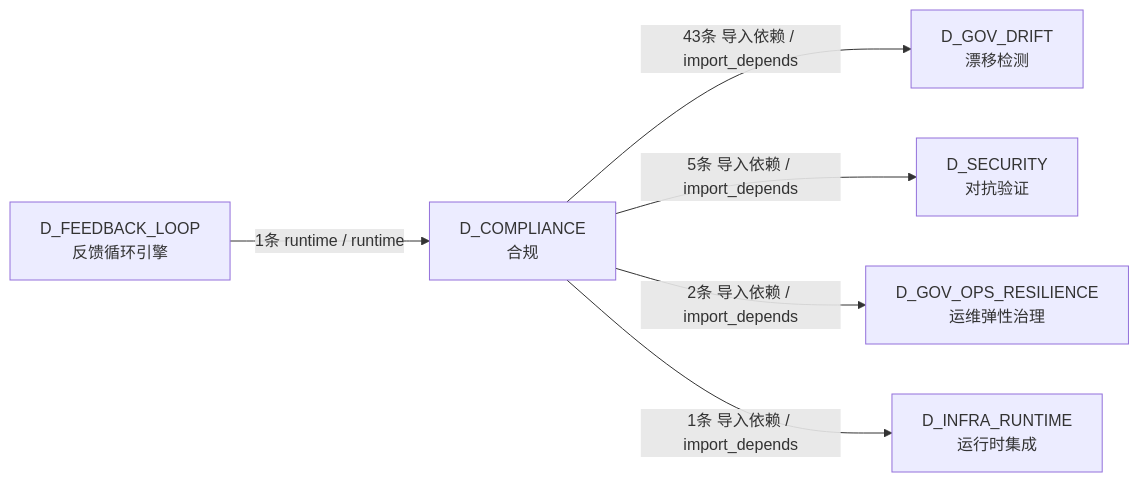
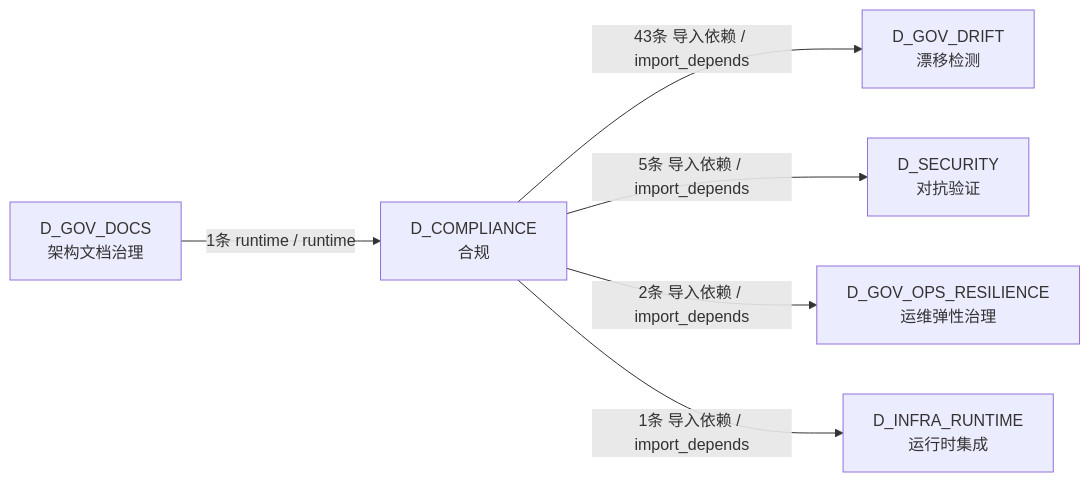
One commit to xuanFelixVan/ZephyrAlpha changed the third of 3 diagrams in docs/02_enterprise_architecture/02_domain_architecture_docs/60_d_compliance.md. Above: the diagram before and after it, drawn with Mermaid. The commit also changed other lines of this file and 100 other files, not shown here.

````diff
--- a/docs/02_enterprise_architecture/02_domain_architecture_docs/60_d_compliance.md
+++ b/docs/02_enterprise_architecture/02_domain_architecture_docs/60_d_compliance.md
@@ -231,14 +231,14 @@
 ```mermaid
 graph LR
     D_COMPLIANCE["D_COMPLIANCE<br/>合规"]
     D_GOV_DRIFT["D_GOV_DRIFT<br/>漂移检测"]
     D_SECURITY["D_SECURITY<br/>对抗验证"]
     D_GOV_OPS_RESILIENCE["D_GOV_OPS_RESILIENCE<br/>运维弹性治理"]
     D_INFRA_RUNTIME["D_INFRA_RUNTIME<br/>运行时集成"]
-    D_FEEDBACK_LOOP["D_FEEDBACK_LOOP<br/>反馈循环引擎"]
+    D_GOV_DOCS["D_GOV_DOCS<br/>架构文档治理"]
     D_COMPLIANCE -->|43条 导入依赖 / import_depends| D_GOV_DRIFT
     D_COMPLIANCE -->|5条 导入依赖 / import_depends| D_SECURITY
     D_COMPLIANCE -->|2条 导入依赖 / import_depends| D_GOV_OPS_RESILIENCE
     D_COMPLIANCE -->|1条 导入依赖 / import_depends| D_INFRA_RUNTIME
-    D_FEEDBACK_LOOP -->|1条 runtime / runtime| D_COMPLIANCE
+    D_GOV_DOCS -->|1条 runtime / runtime| D_COMPLIANCE
 ```
````
